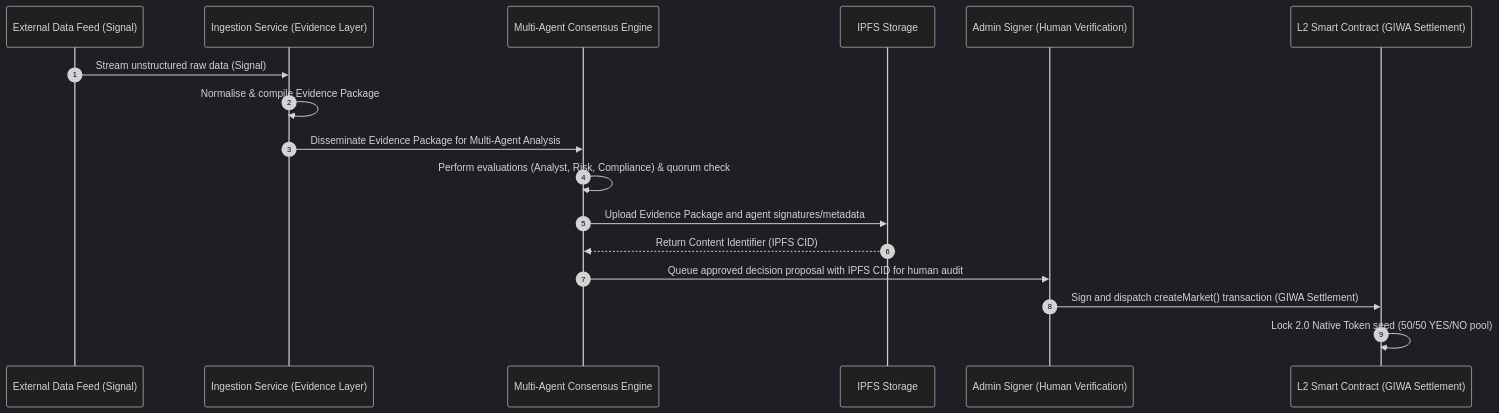
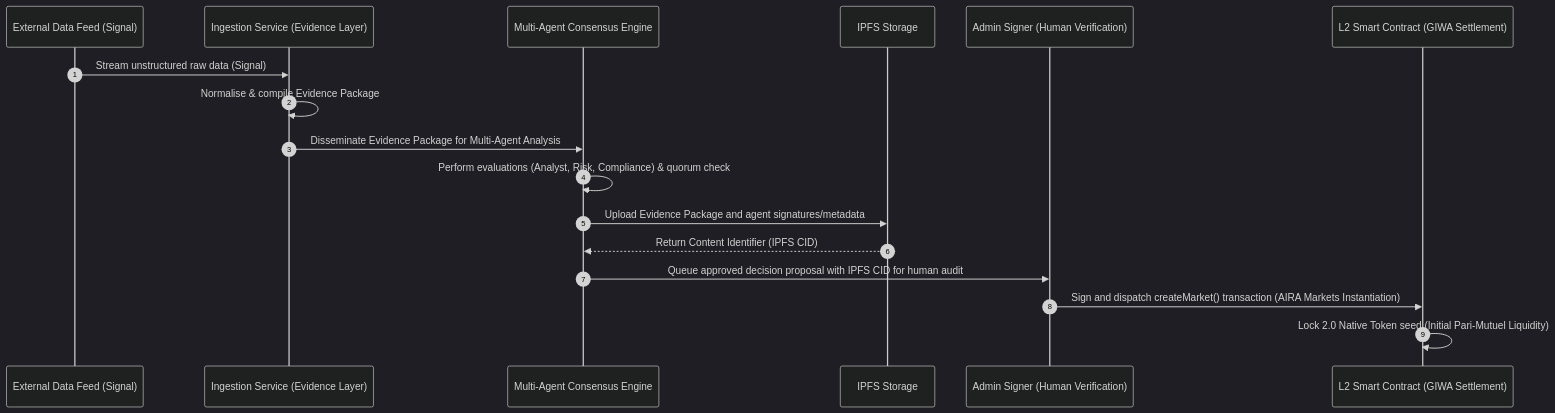
Before and after one commit to 0xaje/AiraMarKet: the second of 3 diagrams in ARCHITECTURE.md, drawn with Mermaid (dark theme). The commit also changed other lines of this file and 47 other files, not shown here.

First line of the commit message:
feat: final grant polish — lifecycle simulator, intelligence report, roadmap milestones, .gitignore hardening

````diff
--- a/ARCHITECTURE.md
+++ b/ARCHITECTURE.md
@@ -60,20 +60,20 @@
 ```mermaid
 sequenceDiagram
     autonumber
     participant Feed as External Data Feed (Signal)
     participant Ingest as Ingestion Service (Evidence Layer)
     participant Engine as Multi-Agent Consensus Engine
     participant IPFS as IPFS Storage
     participant Admin as Admin Signer (Human Verification)
     participant Contract as L2 Smart Contract (GIWA Settlement)
 
     Feed->>Ingest: Stream unstructured raw data (Signal)
     Ingest->>Ingest: Normalise & compile Evidence Package
     Ingest->>Engine: Disseminate Evidence Package for Multi-Agent Analysis
     Engine->>Engine: Perform evaluations (Analyst, Risk, Compliance) & quorum check
     Engine->>IPFS: Upload Evidence Package and agent signatures/metadata
     IPFS-->>Engine: Return Content Identifier (IPFS CID)
     Engine->>Admin: Queue approved decision proposal with IPFS CID for human audit
-    Admin->>Contract: Sign and dispatch createMarket() transaction (GIWA Settlement)
-    Contract->>Contract: Lock 2.0 Native Token seed (50/50 YES/NO pool)
+    Admin->>Contract: Sign and dispatch createMarket() transaction (AIRA Markets Instantiation)
+    Contract->>Contract: Lock 2.0 Native Token seed (Initial Pari-Mutuel Liquidity)
 ```
````
